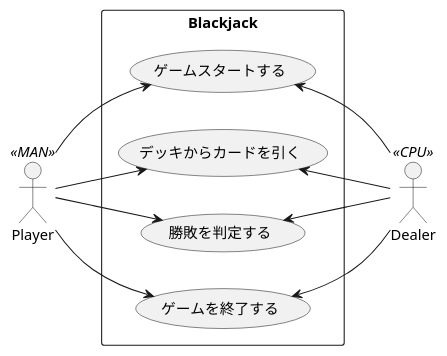
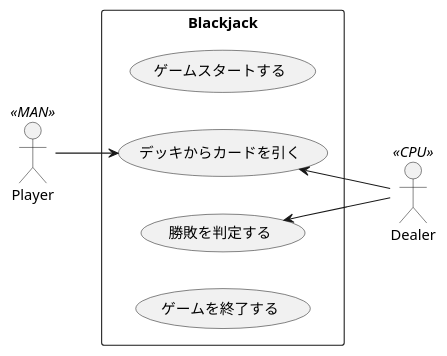
Before and after one commit to ryamate/php-oop-cli-blackjack: the diagram in src/docs/usecase.plantuml, drawn with PlantUML. The commit also changed 10 other files, not shown here.

```diff
--- a/src/docs/usecase.plantuml
+++ b/src/docs/usecase.plantuml
@@ -1,23 +1,18 @@
 @startuml Blackjack
 left to right direction
 actor Player <<MAN>> as p
 actor Dealer <<CPU>> as d
 
 rectangle Blackjack {
   usecase "ゲームスタートする" as UC1
   usecase "デッキからカードを引く" as UC2
   usecase "勝敗を判定する" as UC3
   usecase "ゲームを終了する" as UC4
 }
 
-p --> UC1
 p --> UC2
-p --> UC3
-p --> UC4
 
-UC1 <-- d
 UC2 <-- d
 UC3 <-- d
-UC4 <-- d
 
 @enduml
```
